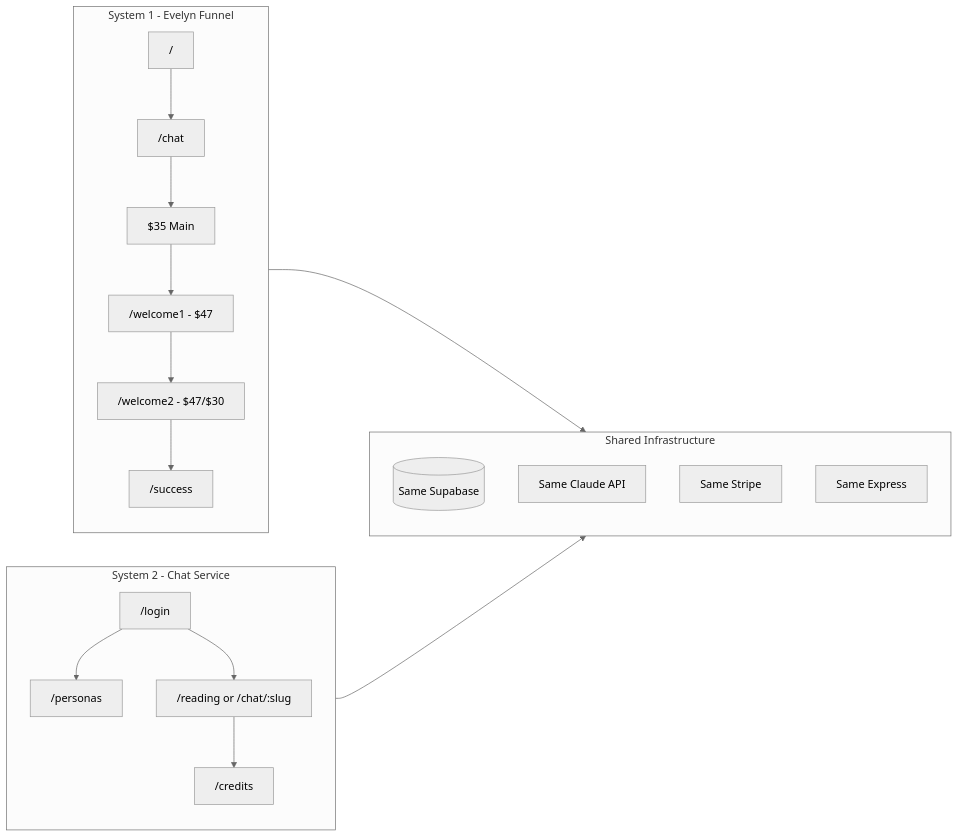
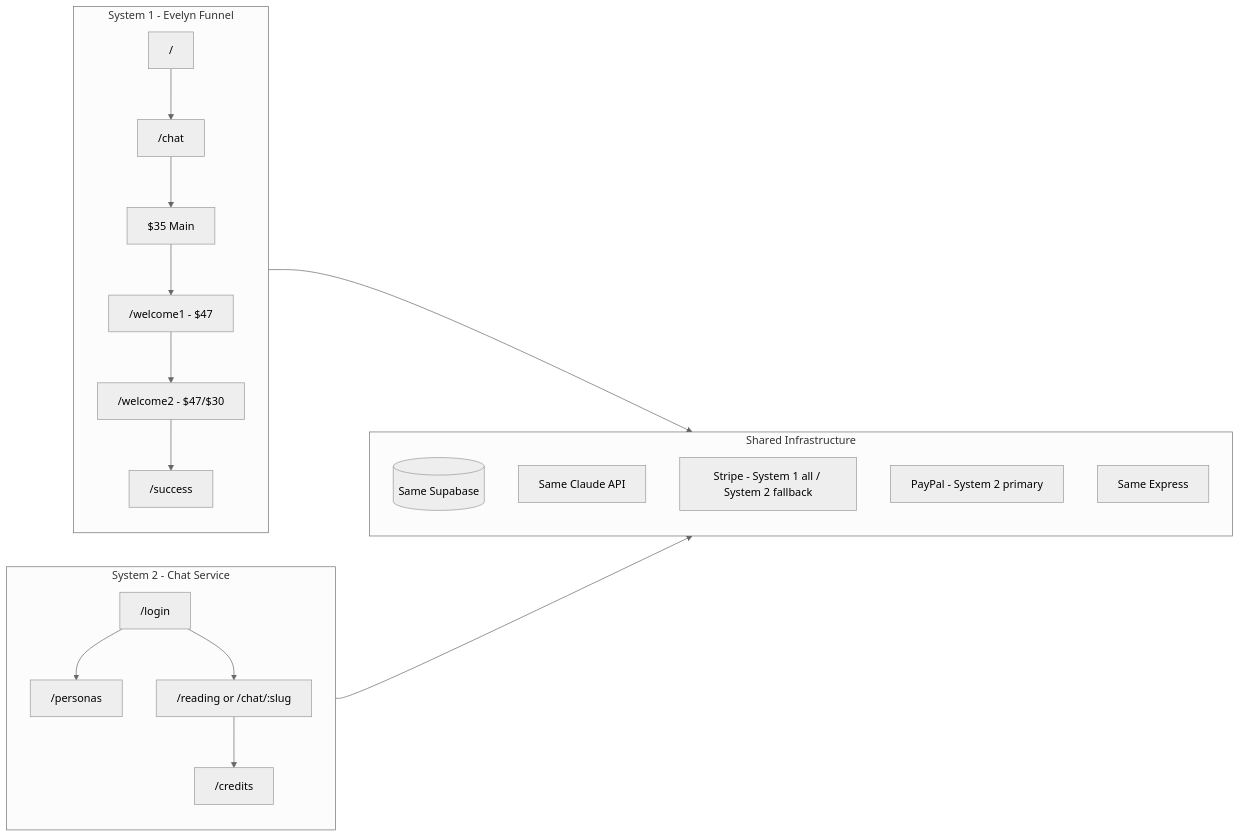
The second of 10 diagrams in docs/ARCHITECTURE.md (Rober7640/The-Seer-Within-V2), drawn with Mermaid (neutral theme) before and after one commit. The commit also changed other lines of this file and 199 other files, not shown here.

````diff
--- a/docs/ARCHITECTURE.md
+++ b/docs/ARCHITECTURE.md
@@ -65,32 +67,33 @@
 ```mermaid
 flowchart LR
     subgraph system1 [System 1 - Evelyn Funnel]
         S1_Landing["/"]
         S1_Chat["/chat"]
         S1_Checkout["$35 Main"]
         S1_Upsell1["/welcome1 - $47"]
         S1_Upsell2["/welcome2 - $47/$30"]
         S1_Success["/success"]
         S1_Landing --> S1_Chat --> S1_Checkout --> S1_Upsell1 --> S1_Upsell2 --> S1_Success
     end
 
     subgraph system2 [System 2 - Chat Service]
         S2_Login["/login"]
         S2_Personas["/personas"]
         S2_Reading["/reading or /chat/:slug"]
         S2_Credits["/credits"]
         S2_Login --> S2_Personas
         S2_Login --> S2_Reading
         S2_Reading --> S2_Credits
     end
 
     subgraph shared [Shared Infrastructure]
         DB[(Same Supabase)]
         AI[Same Claude API]
-        Payments[Same Stripe]
+        StripeShared[Stripe - System 1 all / System 2 fallback]
+        PayPalShared[PayPal - System 2 primary]
         Server[Same Express]
     end
 
     system1 --> shared
     system2 --> shared
 ```
````
